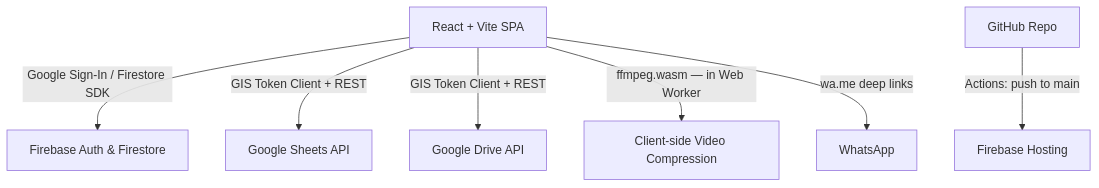
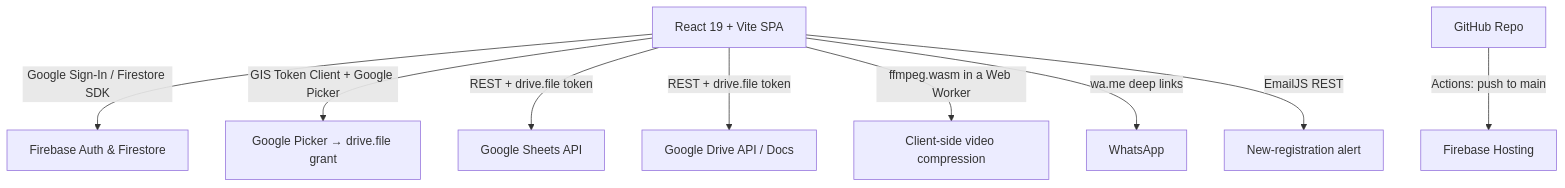
One commit to themindfuldev/consultoria changed the diagram in docs/design_doc.md. Above: the diagram before and after it, drawn with Mermaid. The commit also changed other lines of this file and 3 other files, not shown here.

First line of the commit message:
Consolidate design doc and refresh setup guide to current architecture

````diff
--- a/docs/design_doc.md
+++ b/docs/design_doc.md
@@ -170,9 +46,11 @@
 ```mermaid
 graph TD
-    Client[React + Vite SPA] -->|Google Sign-In / Firestore SDK| Firebase[Firebase Auth & Firestore]
-    Client -->|GIS Token Client + REST| SheetsAPI[Google Sheets API]
-    Client -->|GIS Token Client + REST| DriveAPI[Google Drive API]
-    Client -->|ffmpeg.wasm — in Web Worker| VideoCompression[Client-side Video Compression]
+    Client[React 19 + Vite SPA] -->|Google Sign-In / Firestore SDK| Firebase[Firebase Auth & Firestore]
+    Client -->|GIS Token Client + Google Picker| Picker[Google Picker → drive.file grant]
+    Client -->|REST + drive.file token| SheetsAPI[Google Sheets API]
+    Client -->|REST + drive.file token| DriveAPI[Google Drive API / Docs]
+    Client -->|ffmpeg.wasm in a Web Worker| Compression[Client-side video compression]
     Client -->|wa.me deep links| WhatsApp[WhatsApp]
-    GitHub[GitHub Repo] -->|Actions: push to main| FirebaseHosting[Firebase Hosting]
+    Client -->|EmailJS REST| Email[New-registration alert]
+    GitHub[GitHub Repo] -->|Actions: push to main| Hosting[Firebase Hosting]
 ```
````
